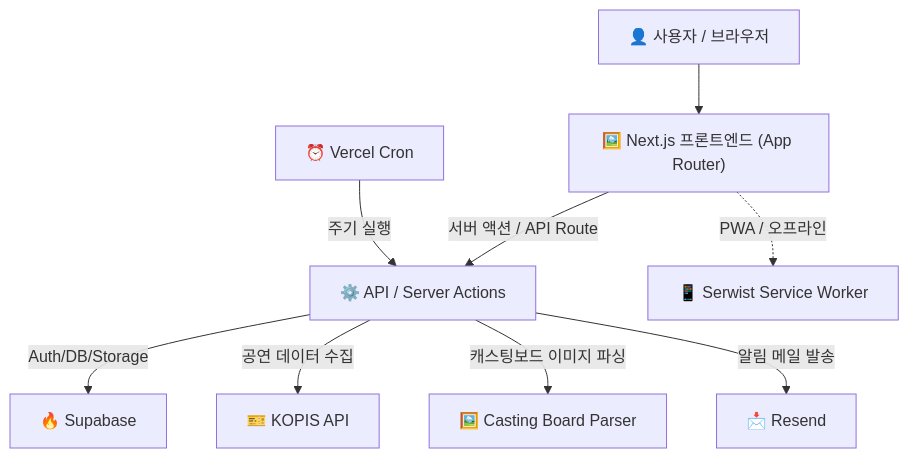
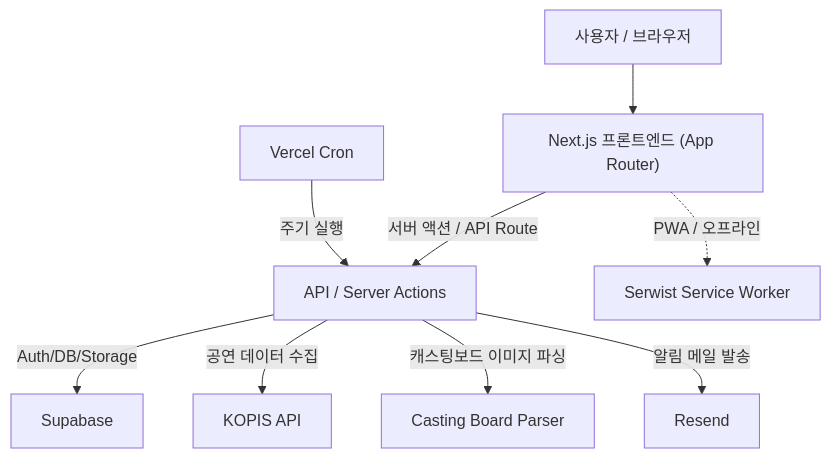
One commit to detourguru/hoejeonmun changed the diagram in README.md. Above: the diagram before and after it, drawn with Mermaid. The commit also changed other lines of this file, not shown here.

````diff
--- a/README.md
+++ b/README.md
@@ -51,17 +51,17 @@
 ```mermaid
 flowchart TD
-    User["👤 사용자 / 브라우저"]
-    FE["🖼️ Next.js 프론트엔드 (App Router)"]
+    User["사용자 / 브라우저"]
+    FE["Next.js 프론트엔드 (App Router)"]
     User --> FE
 
-    FE -->|서버 액션 / API Route| API["⚙️ API / Server Actions"]
+    FE -->|서버 액션 / API Route| API["API / Server Actions"]
 
-    API -->|Auth/DB/Storage| Supabase["🔥 Supabase"]
-    API -->|공연 데이터 수집| KOPIS["🎫 KOPIS API"]
-    API -->|캐스팅보드 이미지 파싱| Parser["🖼️ Casting Board Parser"]
-    API -->|알림 메일 발송| Resend["📩 Resend"]
+    API -->|Auth/DB/Storage| Supabase["Supabase"]
+    API -->|공연 데이터 수집| KOPIS["KOPIS API"]
+    API -->|캐스팅보드 이미지 파싱| Parser["Casting Board Parser"]
+    API -->|알림 메일 발송| Resend["Resend"]
 
-    Cron["⏰ Vercel Cron"] -->|주기 실행| API
+    Cron["Vercel Cron"] -->|주기 실행| API
 
-    FE -.PWA / 오프라인.-> SW["📱 Serwist Service Worker"]
+    FE -.PWA / 오프라인.-> SW["Serwist Service Worker"]
 ```
````
